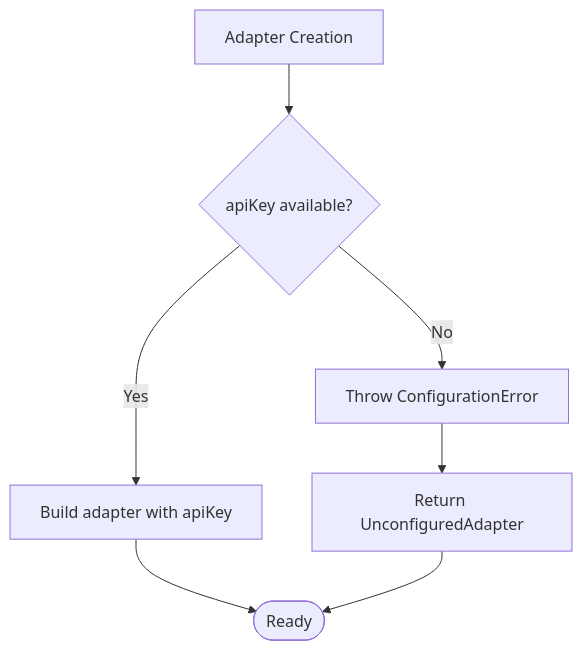
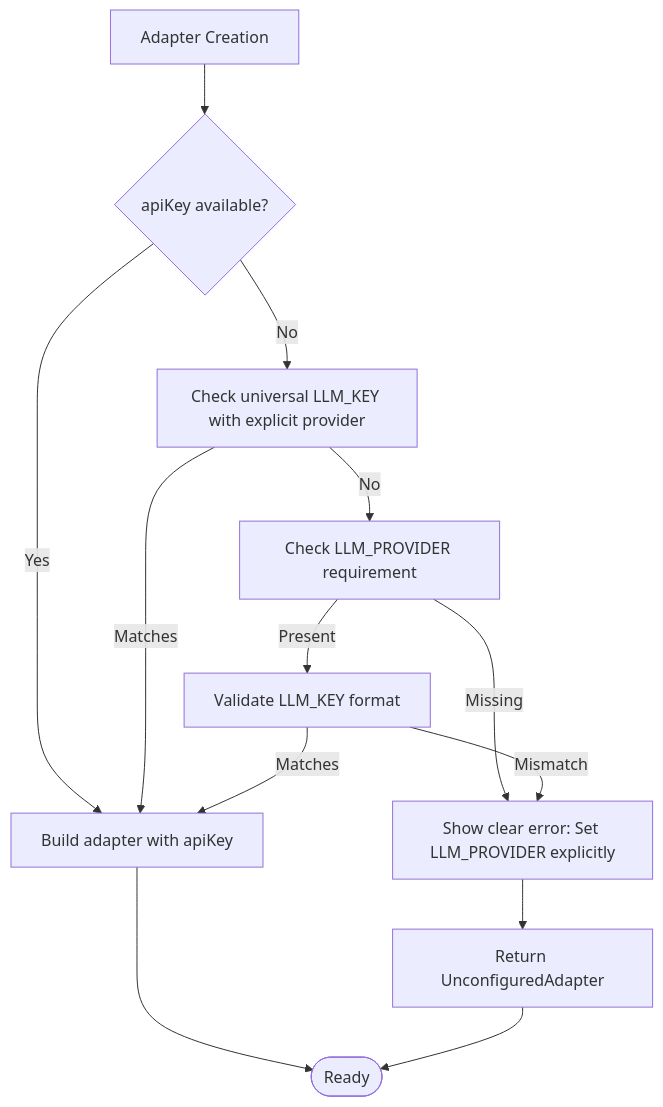
One commit to shekhargiri005-dotcom/AI-powered-accessibility-first-UI-engine changed the tenth of 11 diagrams in .qoder/repowiki/en/content/AI Generation Engine/AI Provider Adapters/Configuration & Authentication Management.md. Above: the diagram before and after it, drawn with Mermaid. The commit also changed other lines of this file and 20 other files, not shown here.

````diff
--- a/.qoder/repowiki/en/content/AI Generation Engine/AI Provider Adapters/Configuration & Authentication Management.md
+++ b/.qoder/repowiki/en/content/AI Generation Engine/AI Provider Adapters/Configuration & Authentication Management.md
@@ -298,9 +411,15 @@
 ```mermaid
 flowchart TD
 A["Adapter Creation"] --> CheckKey{"apiKey available?"}
 CheckKey --> |Yes| Build["Build adapter with apiKey"]
-CheckKey --> |No| ThrowErr["Throw ConfigurationError"]
-ThrowErr --> Fallback["Return UnconfiguredAdapter"]
+CheckKey --> |No| CheckUniversal["Check universal LLM_KEY with explicit provider"]
+CheckUniversal --> |Matches| Build
+CheckUniversal --> |No| CheckExplicit["Check LLM_PROVIDER requirement"]
+CheckExplicit --> |Missing| ShowError["Show clear error: Set LLM_PROVIDER explicitly"]
+CheckExplicit --> |Present| ValidateFormat["Validate LLM_KEY format"]
+ValidateFormat --> |Matches| Build
+ValidateFormat --> |Mismatch| ShowError
+ShowError --> Fallback["Return UnconfiguredAdapter"]
 Build --> Done(["Ready"])
 Fallback --> Done
 ```
````
